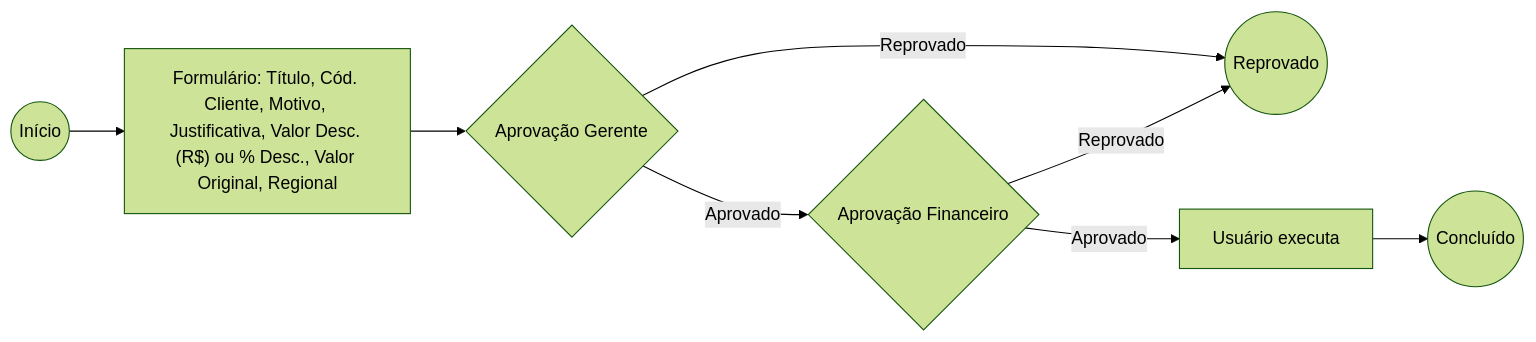
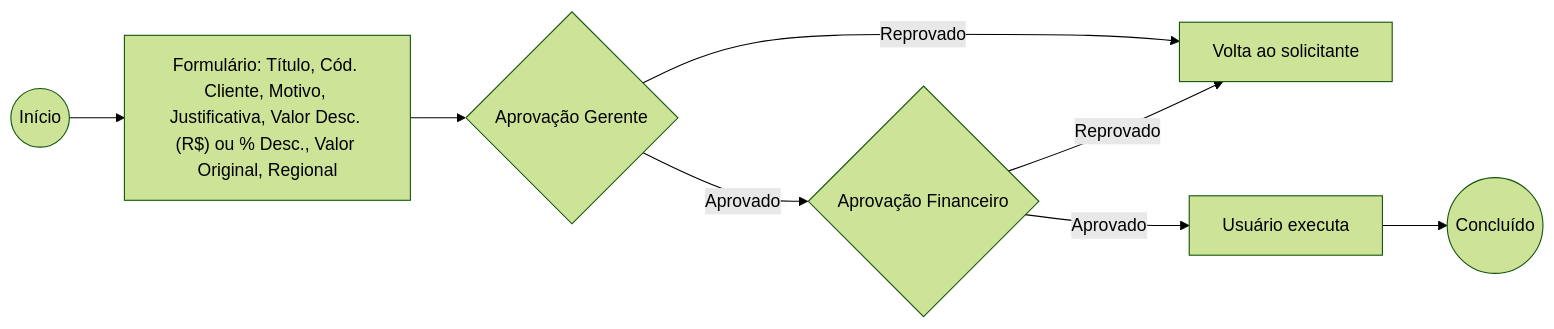
Before and after one commit to elofavoritos-glitch/fluxograma-financeiro-elo: the diagram in fluxogramas/02-desconto-credito.md, drawn with Mermaid (forest theme). The commit also changed 5 other files, not shown here.

Commit message:
Fluxos: reprovação volta ao solicitante; Reembolso pode ser cancelado; dúvidas resolvidas

````diff
--- a/fluxogramas/02-desconto-credito.md
+++ b/fluxogramas/02-desconto-credito.md
@@ -5,10 +5,10 @@
 ```mermaid
 flowchart LR
     START((Início)) --> FORM["Formulário: Título, Cód. Cliente, Motivo, Justificativa, Valor Desc. (R$) ou % Desc., Valor Original, Regional"]
     FORM --> AP1{Aprovação Gerente}
     AP1 -->|Aprovado| AP2{Aprovação Financeiro}
-    AP1 -->|Reprovado| REP((Reprovado))
+    AP1 -->|Reprovado| VOLTA[Volta ao solicitante]
     AP2 -->|Aprovado| USR[Usuário executa]
-    AP2 -->|Reprovado| REP
+    AP2 -->|Reprovado| VOLTA
     USR --> FIM((Concluído))
 ```
````
